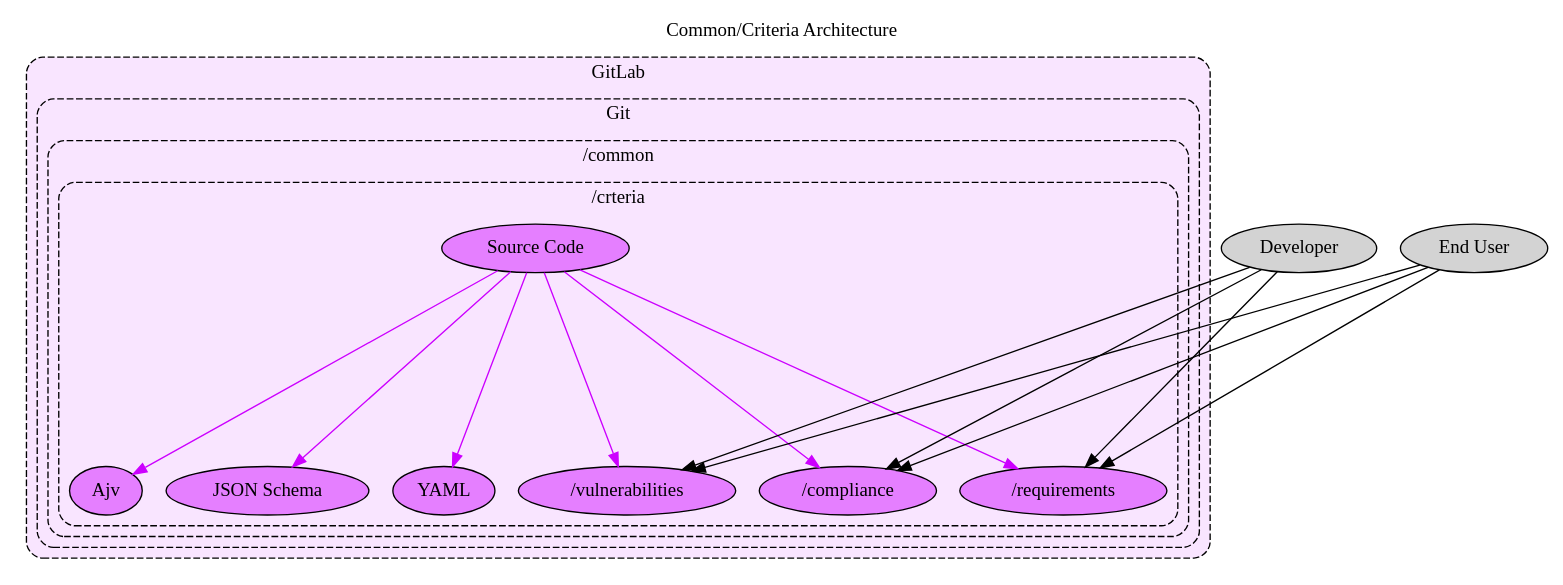
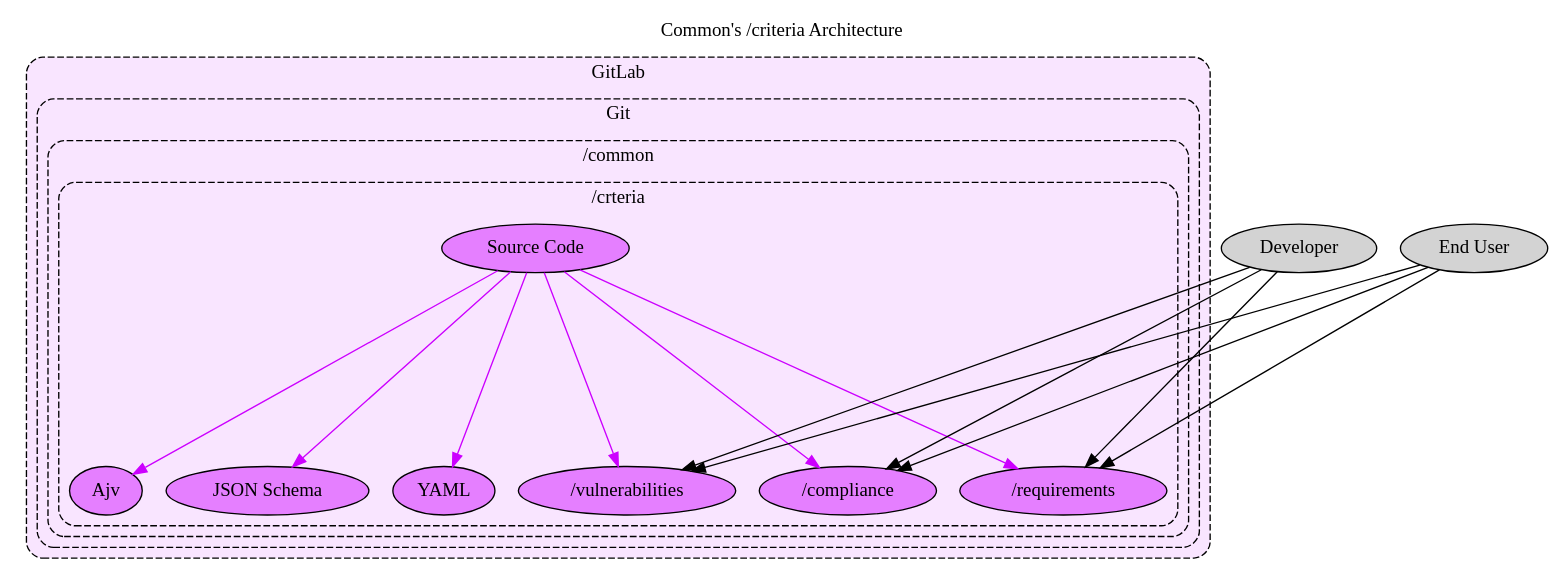
The diagram in docs/src/docs/development/products/common-criteria-arch.dot (jeanbaptistemora/fluidattacks-universe2), drawn with Graphviz before and after one commit. The commit also changed 4 other files, not shown here.

```diff
--- a/docs/src/docs/development/products/common-criteria-arch.dot
+++ b/docs/src/docs/development/products/common-criteria-arch.dot
@@ -1,62 +1,62 @@
 // SPDX-FileCopyrightText: 2022 Fluid Attacks <development@fluidattacks.com>
 //
 // SPDX-License-Identifier: MPL-2.0
 
 digraph common {
-  label="Common/Criteria Architecture"
+  label="Common's /criteria Architecture"
   labelloc="t"
   compound="true"
   concentrate="true"
   layout="dot"
   scale="scalexy"
   ranksep="2.0"
 
   node[style="filled"]
   graph[style="dashed,rounded"]
 
   subgraph cluster_gitlab {
     label="GitLab"
     bgcolor="0.8 0.1 1.0"
     node[fillcolor="0.8 0.5 1.0"]
 
     subgraph cluster_gitlab_git {
       label="Git"
 
       subgraph cluster_gitlab_git_common {
         label="/common"
 
         subgraph cluster_gitlab_git_common_criteria {
           label="/crteria"
 
           gitlab_git_common_criteria[label="Source Code"]
           gitlab_git_common_criteria_ajv[label="Ajv"]
           gitlab_git_common_criteria_compliance[label="/compliance"]
           gitlab_git_common_criteria_requirements[label="/requirements"]
           gitlab_git_common_criteria_vulnerabilities[label="/vulnerabilities"]
           gitlab_git_common_criteria_json_schema[label="JSON Schema"]
           gitlab_git_common_criteria_yaml[label="YAML"]
         }
       }
     }
   }
 
   edge[color="0.8 1.0 1.0"]
   gitlab_git_common_criteria -> gitlab_git_common_criteria_compliance[]
   gitlab_git_common_criteria -> gitlab_git_common_criteria_requirements[]
   gitlab_git_common_criteria -> gitlab_git_common_criteria_vulnerabilities[]
   gitlab_git_common_criteria -> gitlab_git_common_criteria_ajv[]
   gitlab_git_common_criteria -> gitlab_git_common_criteria_json_schema[]
   gitlab_git_common_criteria -> gitlab_git_common_criteria_yaml[]
 
   node[fillcolor="/x11/lightgray"]
   developer[label="Developer"]
   end_user[label="End User"]
 
   edge[color="/x11/black"]
   developer -> gitlab_git_common_criteria_compliance[]
   developer -> gitlab_git_common_criteria_requirements[]
   developer -> gitlab_git_common_criteria_vulnerabilities[]
   end_user -> gitlab_git_common_criteria_compliance[]
   end_user -> gitlab_git_common_criteria_requirements[]
   end_user -> gitlab_git_common_criteria_vulnerabilities[]
 }
```
